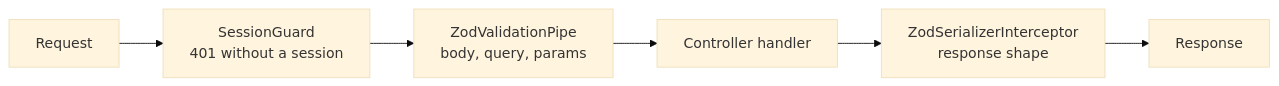
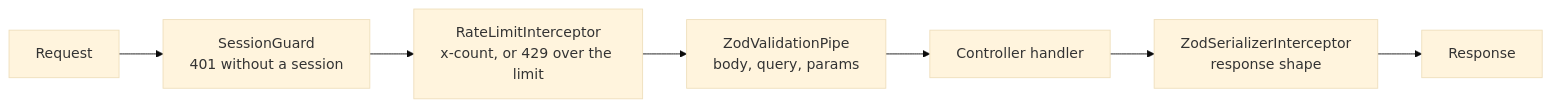
Before and after one commit to nitzanto/ratewatch: the diagram in apps/docs/src/content/docs/architecture/backend.md, drawn with Mermaid (base theme). The commit also changed other lines of this file and 26 other files, not shown here.

First line of the commit message:
feat(rate-limit): count each click against the user's real limit in Redis (#65)

````diff
--- a/apps/docs/src/content/docs/architecture/backend.md
+++ b/apps/docs/src/content/docs/architecture/backend.md
@@ -35,8 +38,9 @@
 ```mermaid
 flowchart LR
   req[Request] --> guard["SessionGuard<br/>401 without a session"]
-  guard --> pipe["ZodValidationPipe<br/>body, query, params"]
+  guard --> limit["RateLimitInterceptor<br/>x-count, or 429 over the limit"]
+  limit --> pipe["ZodValidationPipe<br/>body, query, params"]
   pipe --> handler[Controller handler]
   handler --> ser["ZodSerializerInterceptor<br/>response shape"]
   ser --> res[Response]
 ```
````
